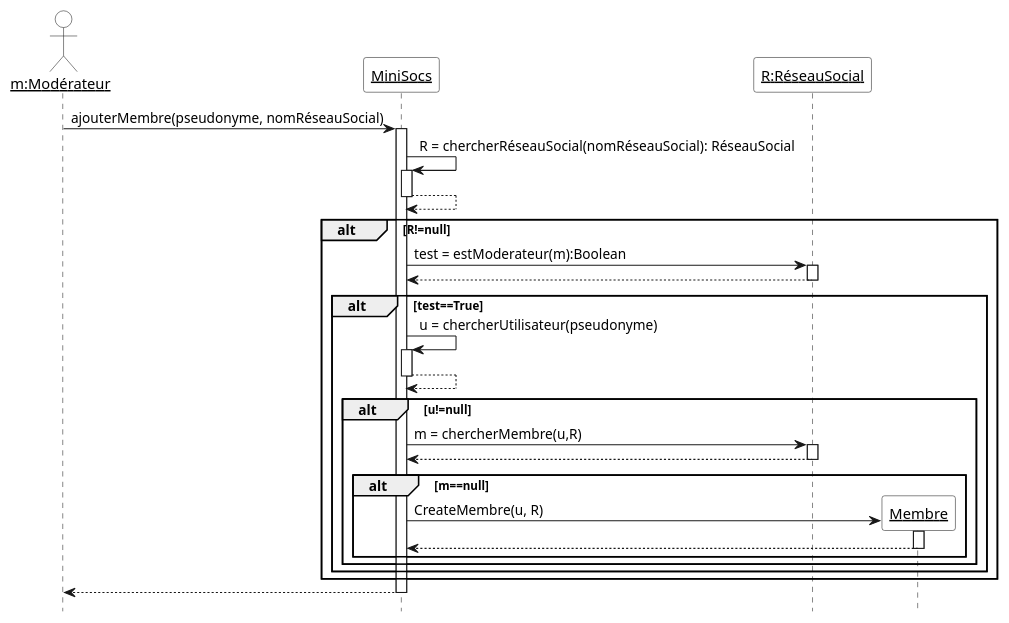
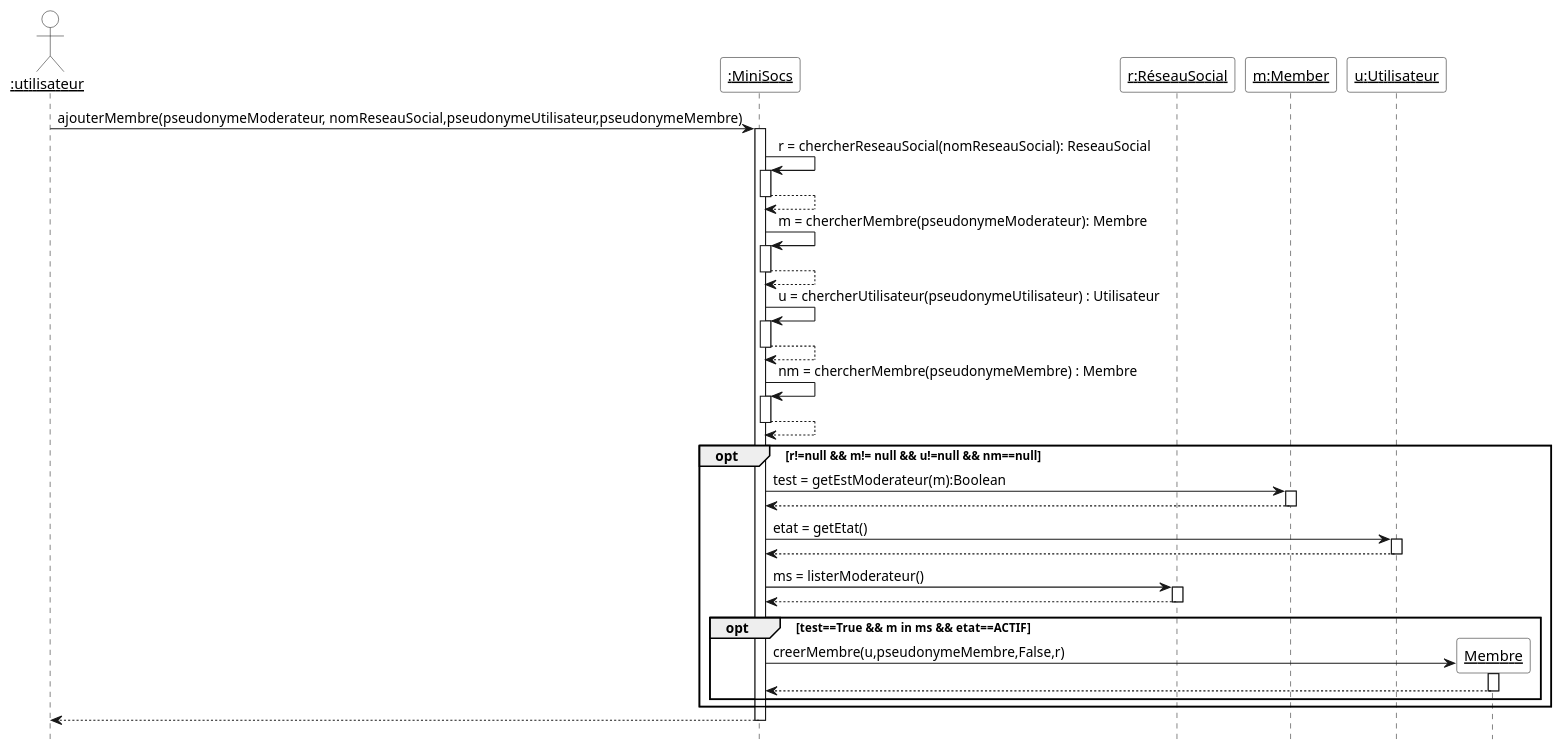
Before and after one commit to yesminete/MiniSocs: the diagram in Diagrammes/minisocs_uml_diag_seq_ajouter_membre.pu, drawn with PlantUML. The commit also changed 10 other files, not shown here.

Commit message:
correction diagramme de classe / diagramme de seq

```diff
--- a/Diagrammes/minisocs_uml_diag_seq_ajouter_membre.pu
+++ b/Diagrammes/minisocs_uml_diag_seq_ajouter_membre.pu
@@ -1,33 +1,36 @@
 @startuml
 
 'Configuration charte graphique'
 hide footbox
 skinparam sequenceParticipantBackgroundColor White
 skinparam sequenceActorBackgroundColor White
 
-actor "__m:Modérateur__" as mod
-participant "__MiniSocs__" as Mini
-participant "__R:RéseauSocial__" as RS
-
-mod -> Mini ++: ajouterMembre(pseudonyme, nomRéseauSocial)
-Mini -> Mini ++: R = chercherRéseauSocial(nomRéseauSocial): RéseauSocial
+actor "__:utilisateur__" as m
+participant "__:MiniSocs__" as Mini
+participant "__r:RéseauSocial__" as RS
+participant "__m:Member__" as mod
+participant "__u:Utilisateur__" as u
+m -> Mini ++: ajouterMembre(pseudonymeModerateur, nomReseauSocial,pseudonymeUtilisateur,pseudonymeMembre)
+Mini -> Mini ++: r = chercherReseauSocial(nomReseauSocial): ReseauSocial
 return
-alt R!=null
-    Mini -> RS ++ : test = estModerateur(m):Boolean
+Mini -> Mini ++: m = chercherMembre(pseudonymeModerateur): Membre
+return
+Mini -> Mini ++ : u = chercherUtilisateur(pseudonymeUtilisateur) : Utilisateur
+return
+Mini -> Mini ++ : nm = chercherMembre(pseudonymeMembre) : Membre
+return
+opt r!=null && m!= null && u!=null && nm==null
+    Mini -> mod ++ : test = getEstModerateur(m):Boolean
     return
-    alt test==True
-    Mini -> Mini ++ : u = chercherUtilisateur(pseudonyme)
+    Mini -> u ++ : etat = getEtat()
     return
-    alt u!=null
-    	Mini -> RS ++: m = chercherMembre(u,R)
-   	 return
-    	 alt m==null 
-       	   create "__Membre__" as m
-       	   Mini -> m ++: CreateMembre(u, R)
+    Mini -> RS ++ : ms = listerModerateur()
+    return
+    opt test==True  && m in ms && etat==ACTIF
+       	   create "__Membre__" as mem
+       	   Mini -> mem ++: creerMembre(u,pseudonymeMembre,False,r)
 	   return
-	 end
-    end
     end
 end
 return
 @enduml
```
